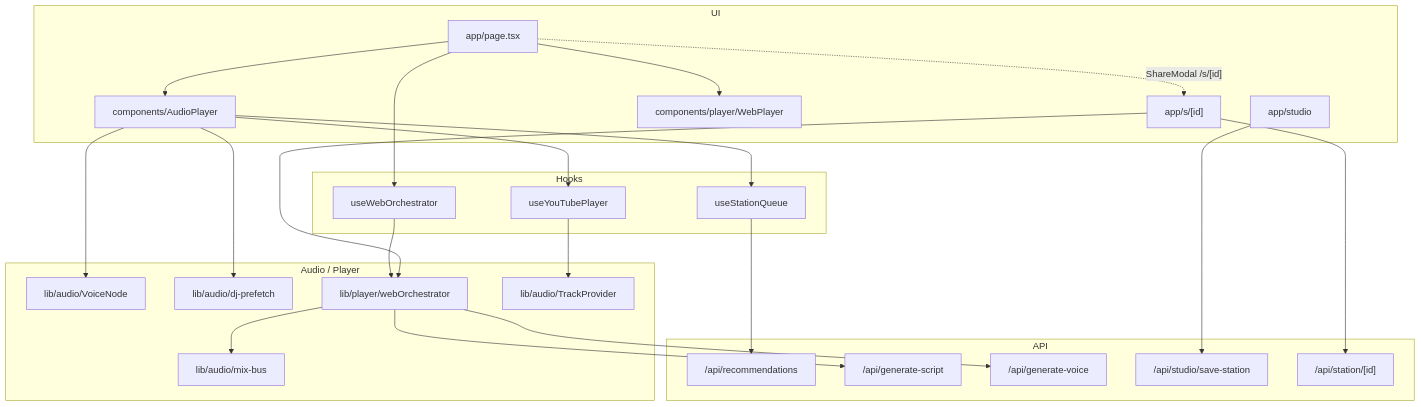
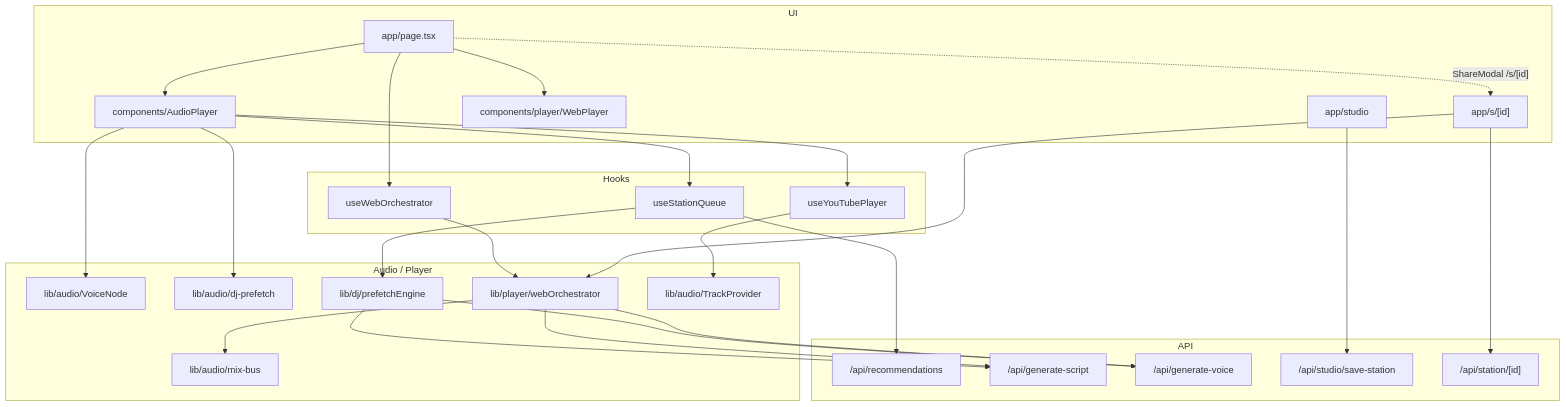
One commit to SongGhost/SongGhost changed the diagram in docs/ARCHITECTURE.md. Above: the diagram before and after it, drawn with Mermaid. The commit also changed other lines of this file and 7 other files, not shown here.

````diff
--- a/docs/ARCHITECTURE.md
+++ b/docs/ARCHITECTURE.md
@@ -27,50 +27,54 @@
 ```mermaid
 flowchart TB
   subgraph UI["UI"]
     Home["app/page.tsx"]
     Studio["app/studio"]
     Share["app/s/[id]"]
     WebPlayer["components/player/WebPlayer"]
     AudioPlayer["components/AudioPlayer"]
   end
 
   subgraph Hooks["Hooks"]
     Queue["useStationQueue"]
     YT["useYouTubePlayer"]
     WO["useWebOrchestrator"]
   end
 
   subgraph Engine["Audio / Player"]
     Mix["lib/audio/mix-bus"]
     Voice["lib/audio/VoiceNode"]
     Prefetch["lib/audio/dj-prefetch"]
+    Prefetch30["lib/dj/prefetchEngine"]
     Orch["lib/player/webOrchestrator"]
     TP["lib/audio/TrackProvider"]
   end
 
   subgraph API["API"]
     Rec["/api/recommendations"]
     Script["/api/generate-script"]
     VoiceApi["/api/generate-voice"]
     Save["/api/studio/save-station"]
     PublicStation["/api/station/[id]"]
   end
 
   Home --> AudioPlayer
   Home --> WebPlayer
   Home --> WO
   AudioPlayer --> Queue
   AudioPlayer --> YT
   AudioPlayer --> Voice
   AudioPlayer --> Prefetch
+  Queue --> Prefetch30
+  Prefetch30 --> Script
+  Prefetch30 --> VoiceApi
   WO --> Orch
   Orch --> Mix
   YT --> TP
   Orch --> Script
   Orch --> VoiceApi
   Queue --> Rec
   Studio --> Save
   Share --> PublicStation
   Share --> Orch
   Home -.->|"ShareModal /s/[id]"| Share
 ```
````
